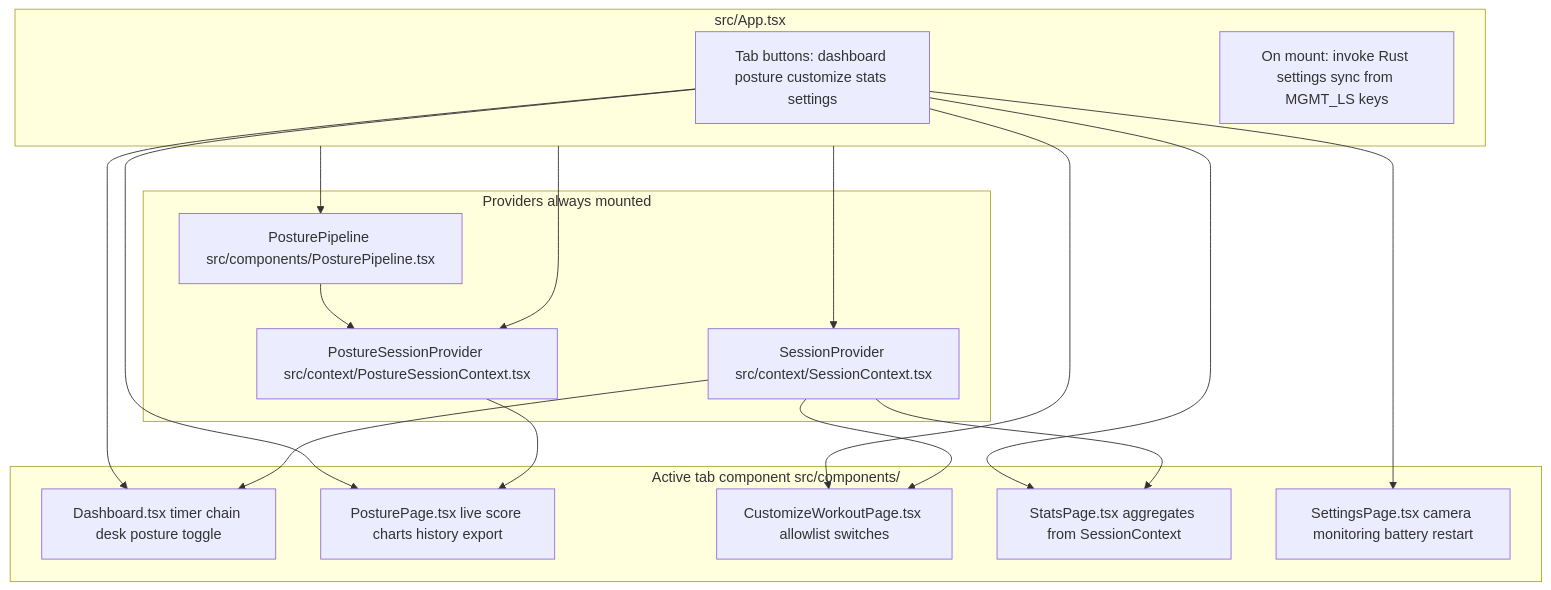
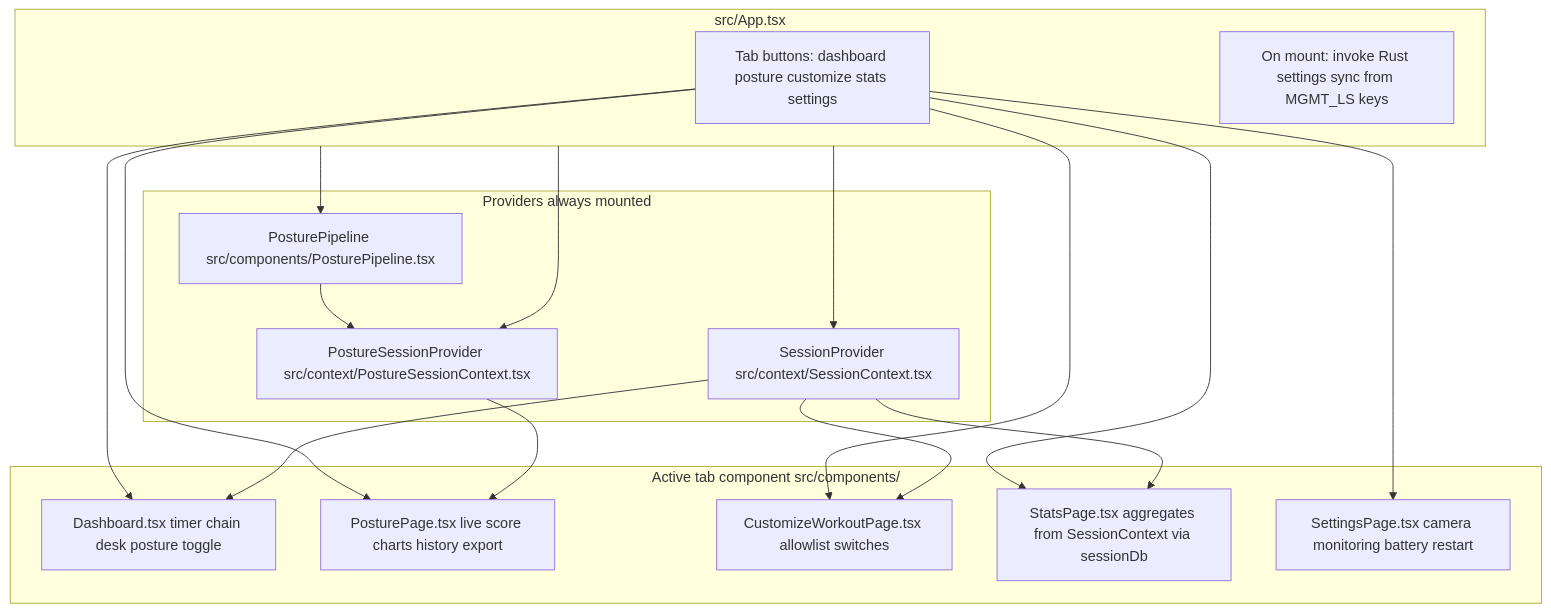
Before and after one commit to jdserenity/management: the first of 3 diagrams in docs/ARCHITECTURE.md, drawn with Mermaid. The commit also changed other lines of this file and 13 other files, not shown here.

````diff
--- a/docs/ARCHITECTURE.md
+++ b/docs/ARCHITECTURE.md
@@ -36,32 +40,32 @@
 ```mermaid
 flowchart TB
   subgraph app["src/App.tsx"]
     nav["Tab buttons: dashboard posture customize stats settings"]
     boot["On mount: invoke Rust settings sync from MGMT_LS keys"]
   end
   subgraph providers["Providers always mounted"]
     SP["SessionProvider src/context/SessionContext.tsx"]
     PSP["PostureSessionProvider src/context/PostureSessionContext.tsx"]
     PL["PosturePipeline src/components/PosturePipeline.tsx"]
   end
   subgraph tabs["Active tab component src/components/"]
     D["Dashboard.tsx timer chain desk posture toggle"]
     PPg["PosturePage.tsx live score charts history export"]
     CW["CustomizeWorkoutPage.tsx allowlist switches"]
-    ST["StatsPage.tsx aggregates from SessionContext"]
+    ST["StatsPage.tsx aggregates from SessionContext via sessionDb"]
     SE["SettingsPage.tsx camera monitoring battery restart"]
   end
   nav --> D
   nav --> PPg
   nav --> CW
   nav --> ST
   nav --> SE
   app --> SP
   app --> PSP
   app --> PL
   SP --> D
   SP --> CW
   SP --> ST
   PSP --> PPg
   PL --> PSP
 ```
````
